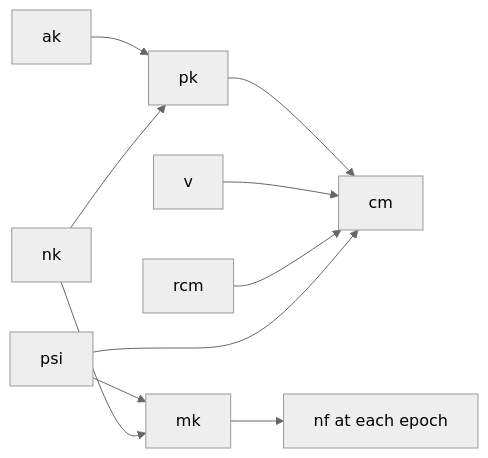
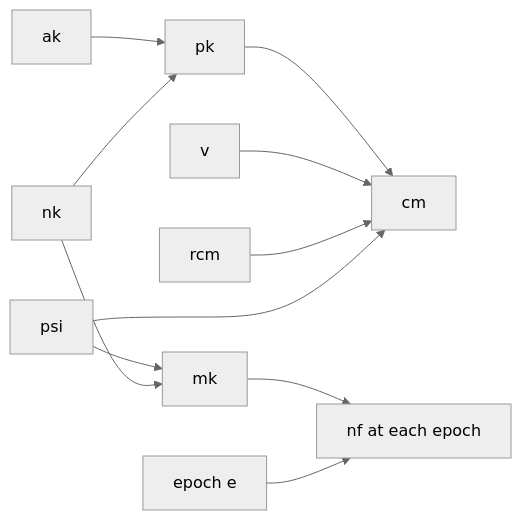
The diagram in docs/notes-and-nullifiers.md (hhanh00/ragu-tachyon), drawn with Mermaid (neutral theme) before and after one commit. The commit also changed other lines of this file and 48 other files, not shown here.

````diff
--- a/docs/notes-and-nullifiers.md
+++ b/docs/notes-and-nullifiers.md
@@ -296,12 +292,13 @@
 ```mermaid
 flowchart LR
     ak["ak"] --> pk["pk"]
     nk["nk"] --> pk
     pk --> cm["cm"]
     v["v"] --> cm
     rcm["rcm"] --> cm
     psi["psi"] --> cm
     psi --> mk["mk"]
     nk --> mk
     mk --> nf["nf at each epoch"]
+    e["epoch e"] --> nf
 ```
````
